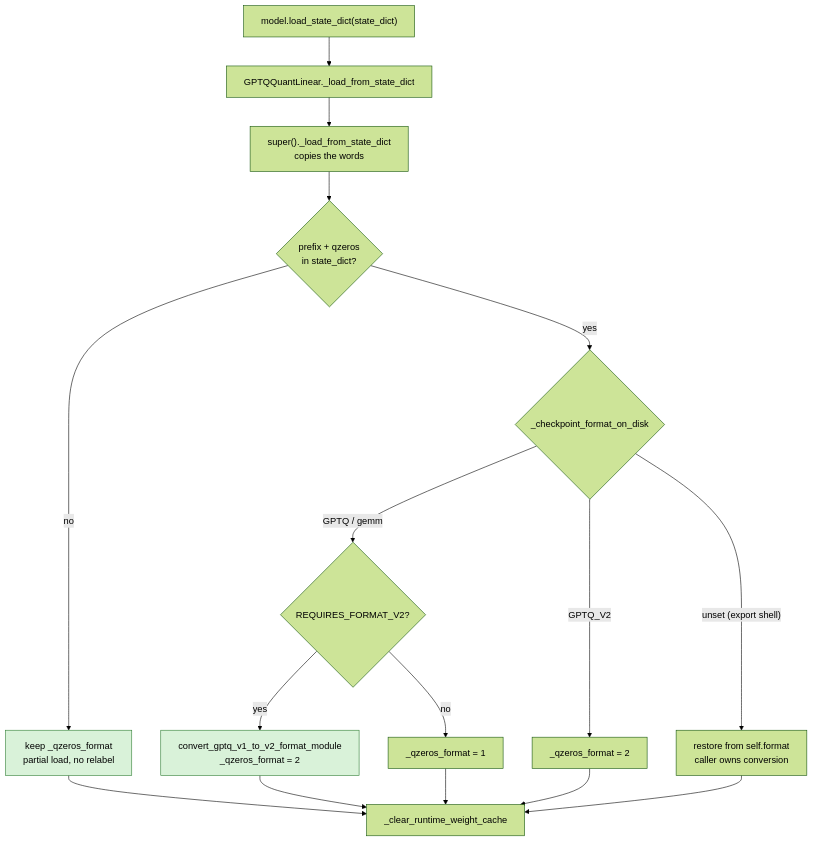
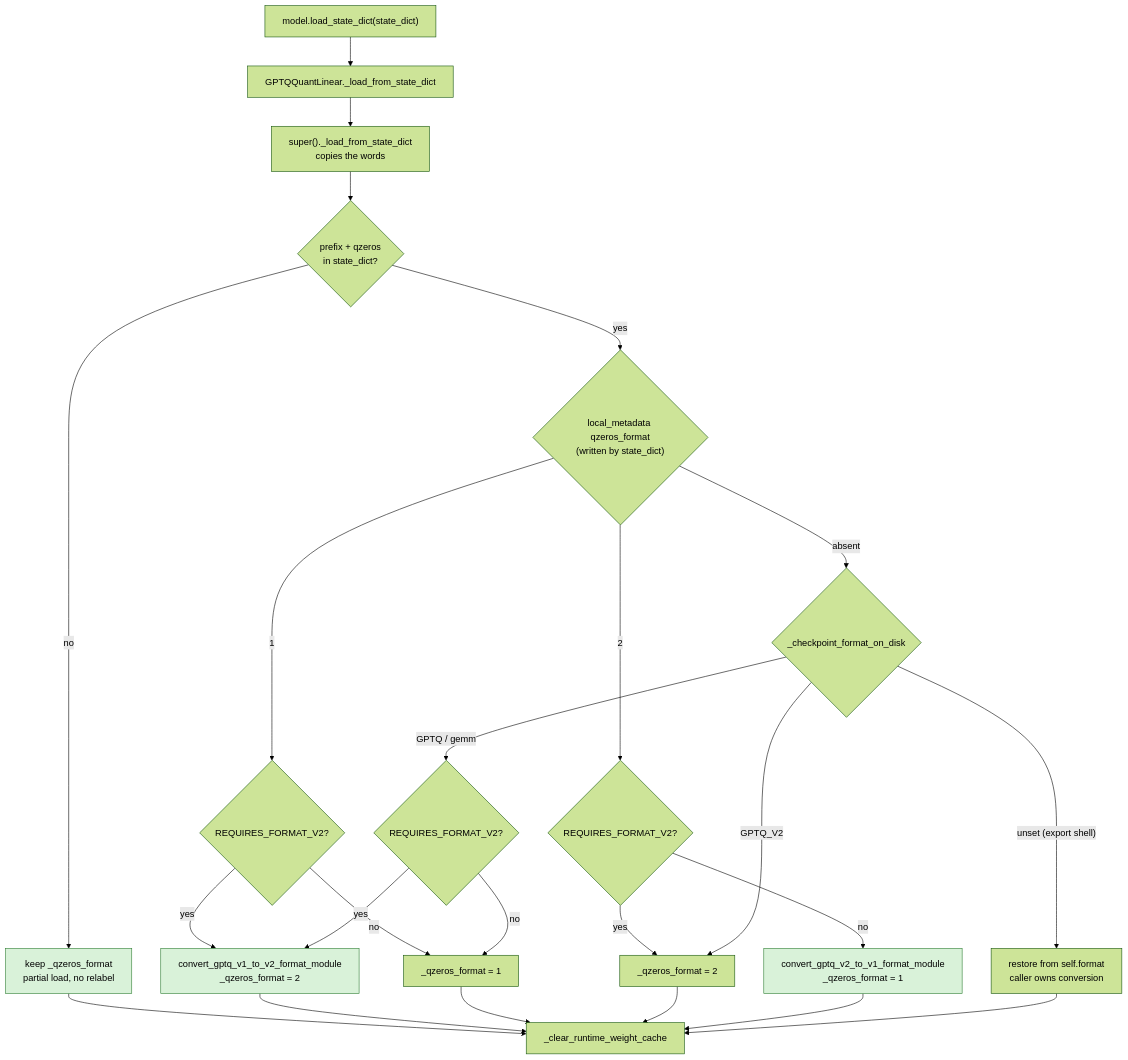
Before and after one commit to ModelCloud/GPTQModel: the ninth of 12 diagrams in docs/checkpoint-interop.md, drawn with Mermaid (forest theme). The commit also changed other lines of this file and 9 other files, not shown here.

First line of the commit message:
fix(checkpoint): make state_dict() a real checkpoint for every kernel (#4091)

````diff
--- a/docs/checkpoint-interop.md
+++ b/docs/checkpoint-interop.md
@@ -256,20 +279,29 @@
 ```mermaid
 flowchart TD
     A["model.load_state_dict(state_dict)"] --> B["GPTQQuantLinear._load_from_state_dict"]
     B --> C["super()._load_from_state_dict<br/>copies the words"]
     C --> D{"prefix + qzeros<br/>in state_dict?"}
     D -- no --> E["keep _qzeros_format<br/>partial load, no relabel"]
-    D -- yes --> F{"_checkpoint_format_on_disk"}
+    D -- yes --> M{"local_metadata qzeros_format<br/>(written by state_dict)"}
+    M -- "1" --> F1{"REQUIRES_FORMAT_V2?"}
+    M -- "2" --> F2{"REQUIRES_FORMAT_V2?"}
+    M -- absent --> F{"_checkpoint_format_on_disk"}
+    F1 -- yes --> H["convert_gptq_v1_to_v2_format_module<br/>_qzeros_format = 2"]
+    F1 -- no --> I["_qzeros_format = 1"]
+    F2 -- yes --> J["_qzeros_format = 2"]
+    F2 -- "no" --> N["convert_gptq_v2_to_v1_format_module<br/>_qzeros_format = 1"]
     F -- "GPTQ / gemm" --> G{"REQUIRES_FORMAT_V2?"}
     G -- yes --> H["convert_gptq_v1_to_v2_format_module<br/>_qzeros_format = 2"]
     G -- no --> I["_qzeros_format = 1"]
     F -- "GPTQ_V2" --> J["_qzeros_format = 2"]
     F -- "unset (export shell)" --> K["restore from self.format<br/>caller owns conversion"]
     E --> L["_clear_runtime_weight_cache"]
     H --> L
     I --> L
     J --> L
+    N --> L
     K --> L
     style E fill:#d9f2d9,stroke:#2e7d32
     style H fill:#d9f2d9,stroke:#2e7d32
+    style N fill:#d9f2d9,stroke:#2e7d32
 ```
````
